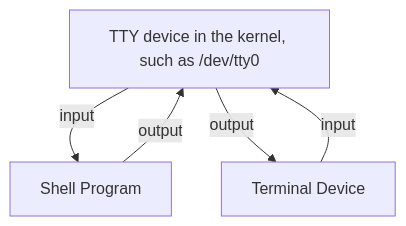
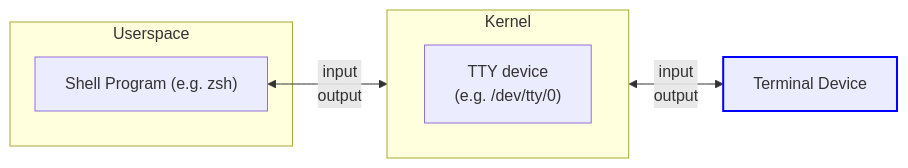
The first of 3 diagrams in docs/what-is-a-terminal.md (wez/wezterm), drawn with Mermaid before and after one commit. The commit also changed other lines of this file, not shown here.

Commit message:
docs: improve visualizations in TTY and PTY explanations

````diff
--- a/docs/what-is-a-terminal.md
+++ b/docs/what-is-a-terminal.md
@@ -56,7 +56,13 @@
 ```mermaid
-graph TD
-   TTY[TTY device in the kernel, such as /dev/tty0] -- input --> SHELL[Shell Program]
-   TERM[Terminal Device] -- input --> TTY
-   SHELL -- output --> TTY
-   TTY -- output --> TERM
+flowchart LR
+    subgraph Kernel
+        direction LR
+        TTY["TTY device\n(e.g. /dev/tty/0)"] 
+    end
+    
+    subgraph Userspace
+    SHELL["Shell Program (e.g. zsh)"] <-- "input\noutput" --> TTY
+    end
+    TTY  <-- "input\noutput" -->  TE["Terminal Device"]:::td
+    classDef td stroke:#00F,stroke-width:2px
 ```
````
